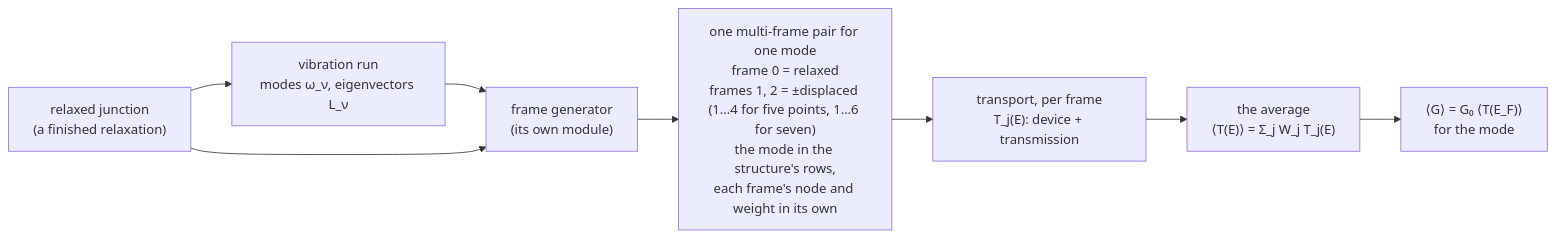
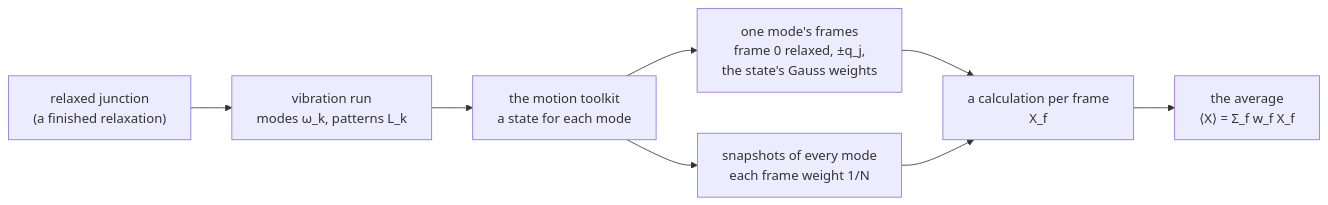
Before and after one commit to Qing-LAB/molbuilder: the first of 8 diagrams in docs/science/vibrational-averaging.md, drawn with Mermaid. The commit also changed other lines of this file and 25 other files, not shown here.

First line of the commit message:
The vibration framework's motion toolkit, designed (documents only)

````diff
--- a/docs/science/vibrational-averaging.md
+++ b/docs/science/vibrational-averaging.md
@@ -34,10 +45,10 @@
 ```mermaid
 flowchart LR
-    R["relaxed junction<br/>(a finished relaxation)"] --> V["vibration run<br/>modes ω_ν, eigenvectors L_ν"]
-    V --> G["frame generator<br/>(its own module)"]
-    R --> G
-    G --> F["one multi-frame pair for one mode<br/>frame 0 = relaxed<br/>frames 1, 2 = ±displaced (1…4 for five points, 1…6 for seven)<br/>the mode in the structure's rows,<br/>each frame's node and weight in its own"]
-    F --> T["transport, per frame<br/>T_j(E): device + transmission"]
-    T --> A["the average<br/>⟨T(E)⟩ = Σ_j W_j T_j(E)"]
-    A --> C["⟨G⟩ = G₀ ⟨T(E_F)⟩<br/>for the mode"]
+    R["relaxed junction<br/>(a finished relaxation)"] --> V["vibration run<br/>modes ω_k, patterns L_k"]
+    V --> K["the motion toolkit<br/>a state for each mode"]
+    K --> F1["one mode's frames<br/>frame 0 relaxed, ±q_j,<br/>the state's Gauss weights"]
+    K --> F2["snapshots of every mode<br/>each frame weight 1/N"]
+    F1 --> T["a calculation per frame<br/>X_f"]
+    F2 --> T
+    T --> A["the average<br/>⟨X⟩ = Σ_f w_f X_f"]
 ```
````
